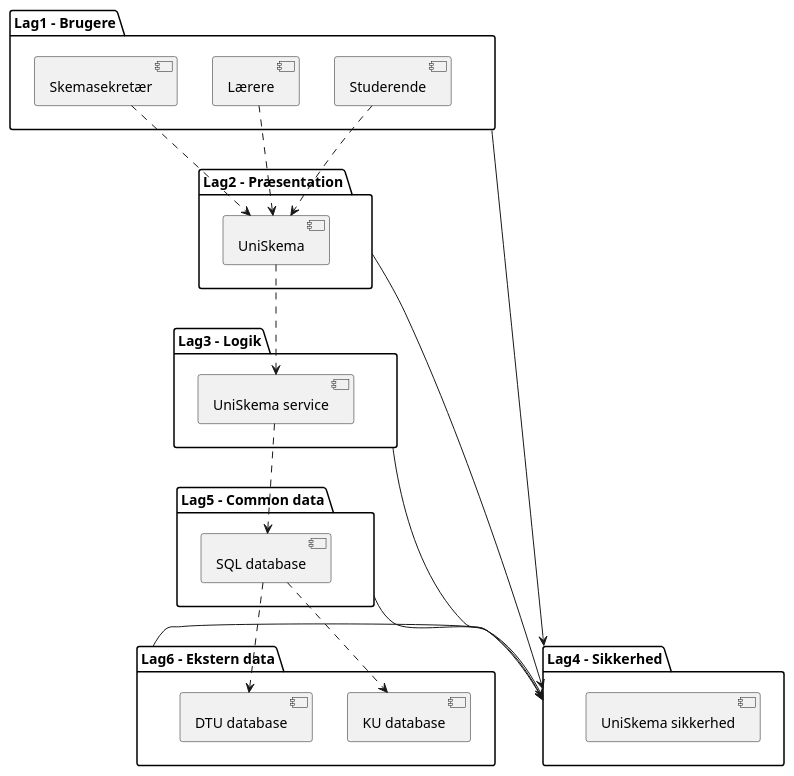
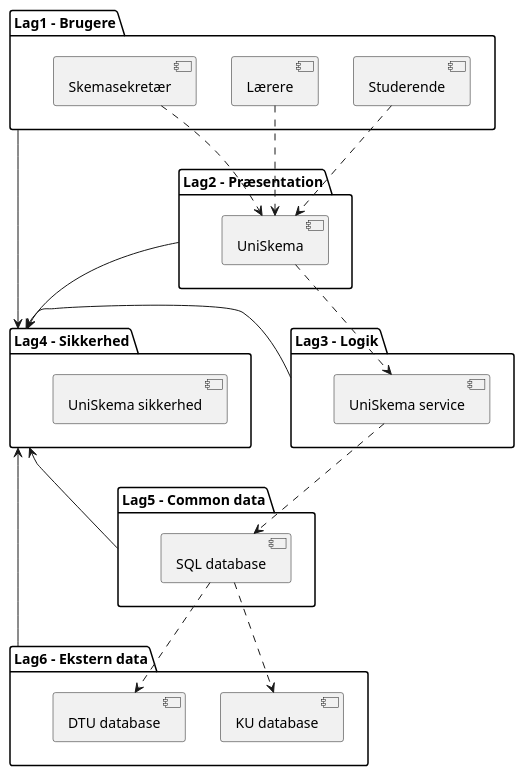
One commit to MadsSchroder/Systemudvikling-Eksamen-KU changed the diagram in Diagrams/arkitektur diagram.puml. Above: the diagram before and after it, drawn with PlantUML.

Commit message:
Arkitektur diagram færdigt

```diff
--- a/Diagrams/arkitektur diagram.puml
+++ b/Diagrams/arkitektur diagram.puml
@@ -1,48 +1,38 @@
 @startuml
-left to right direction
-together {
 top to bottom direction
 package "Lag1 - Brugere" as l1 {
 [Studerende]
 [Lærere]
 [Skemasekretær]
 }
 package "Lag2 - Præsentation" as l2 {
 [UniSkema]
 }
 package "Lag3 - Logik" as l3 {
 [UniSkema service]
 }
+package "Lag4 - Sikkerhed" as l4 {
+[UniSkema sikkerhed] as a
+}
 package "Lag5 - Common data" as l5 {
 [SQL database]
 }
-
 package "Lag6 - Ekstern data" as l6 {
 [KU database]
 [DTU database]
 }
 
-}
-package "Lag4 - Sikkerhed" as l4 {
-[UniSkema sikkerhed] as a
-}
-
 l1 -> l4
 l2 -> l4
-l3 -> l4
-l5 -> l4
-l6 -> l4
-
+l4 <- l3
+l4 <- l5
+l4 <- l6
 
 [Studerende] ..> [UniSkema]
 [Skemasekretær] ..> [UniSkema]
-
 [Lærere] ..> [UniSkema]
 [UniSkema] ..> [UniSkema service]
 [UniSkema service] ..> [SQL database]
 [SQL database] ..> [KU database]
 [SQL database] ..> [DTU database]
-
-
-
 @enduml
```
